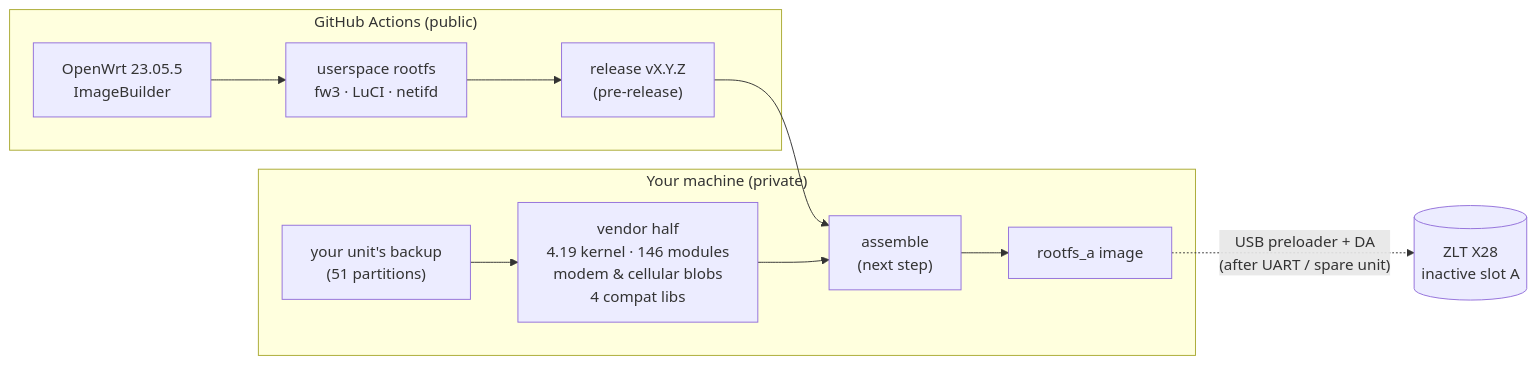
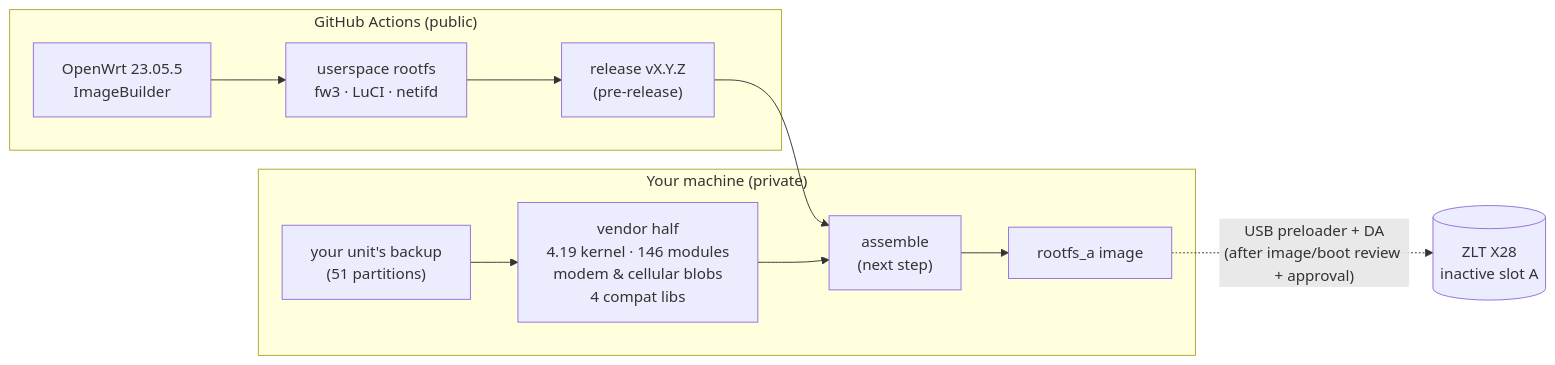
One commit to mralinp/zlt-x28-openwrt changed the diagram in README.md. Above: the diagram before and after it, drawn with Mermaid. The commit also changed other lines of this file and 3 other files, not shown here.

First line of the commit message:
docs(build): audit native image inputs and boot gates (#75)

````diff
--- a/README.md
+++ b/README.md
@@ -55,14 +56,14 @@
 ```mermaid
 flowchart LR
     subgraph CI["GitHub Actions (public)"]
         IB["OpenWrt 23.05.5<br/>ImageBuilder"] --> U["userspace rootfs<br/>fw3 · LuCI · netifd"]
         U --> R["release vX.Y.Z<br/>(pre-release)"]
     end
     subgraph LOCAL["Your machine (private)"]
         B["your unit's backup<br/>(51 partitions)"] --> V["vendor half<br/>4.19 kernel · 146 modules<br/>modem & cellular blobs<br/>4 compat libs"]
         R --> A["assemble<br/>(next step)"]
         V --> A
         A --> IMG["rootfs_a image"]
     end
-    IMG -. "USB preloader + DA<br/>(after UART / spare unit)" .-> X28[("ZLT X28<br/>inactive slot A")]
+    IMG -. "USB preloader + DA<br/>(after image/boot review + approval)" .-> X28[("ZLT X28<br/>inactive slot A")]
 ```
````
